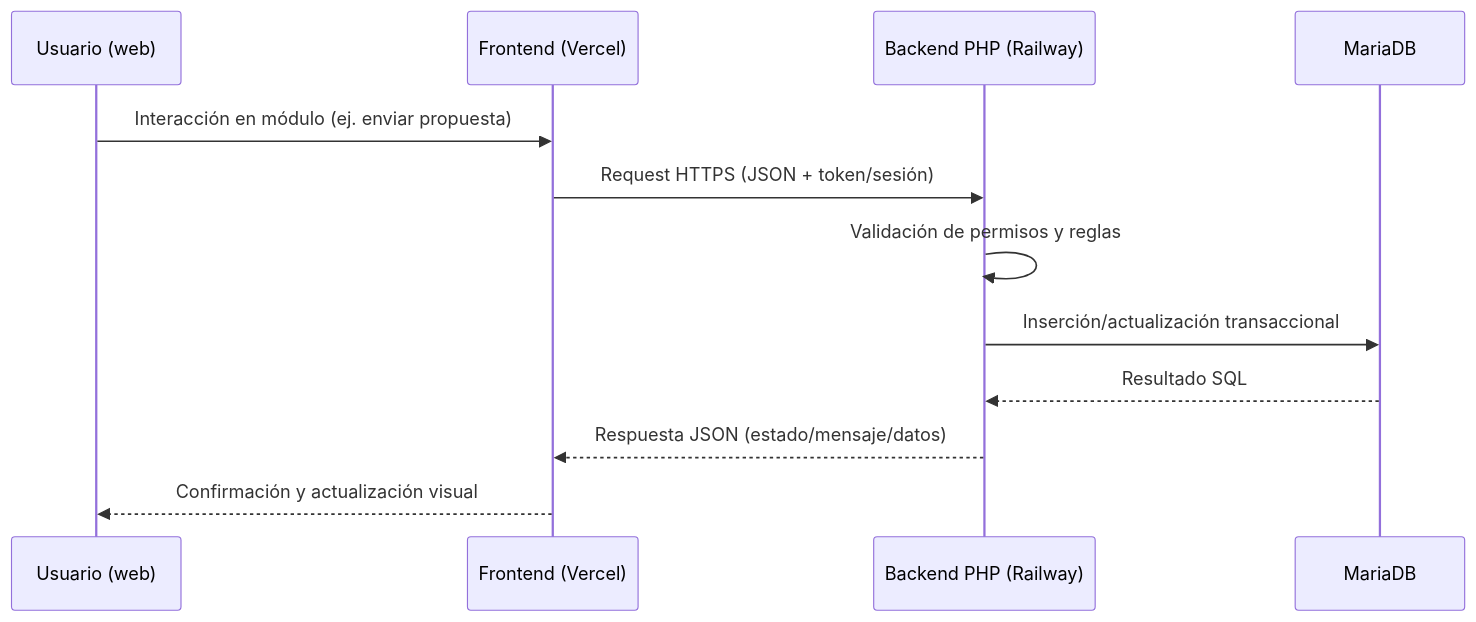
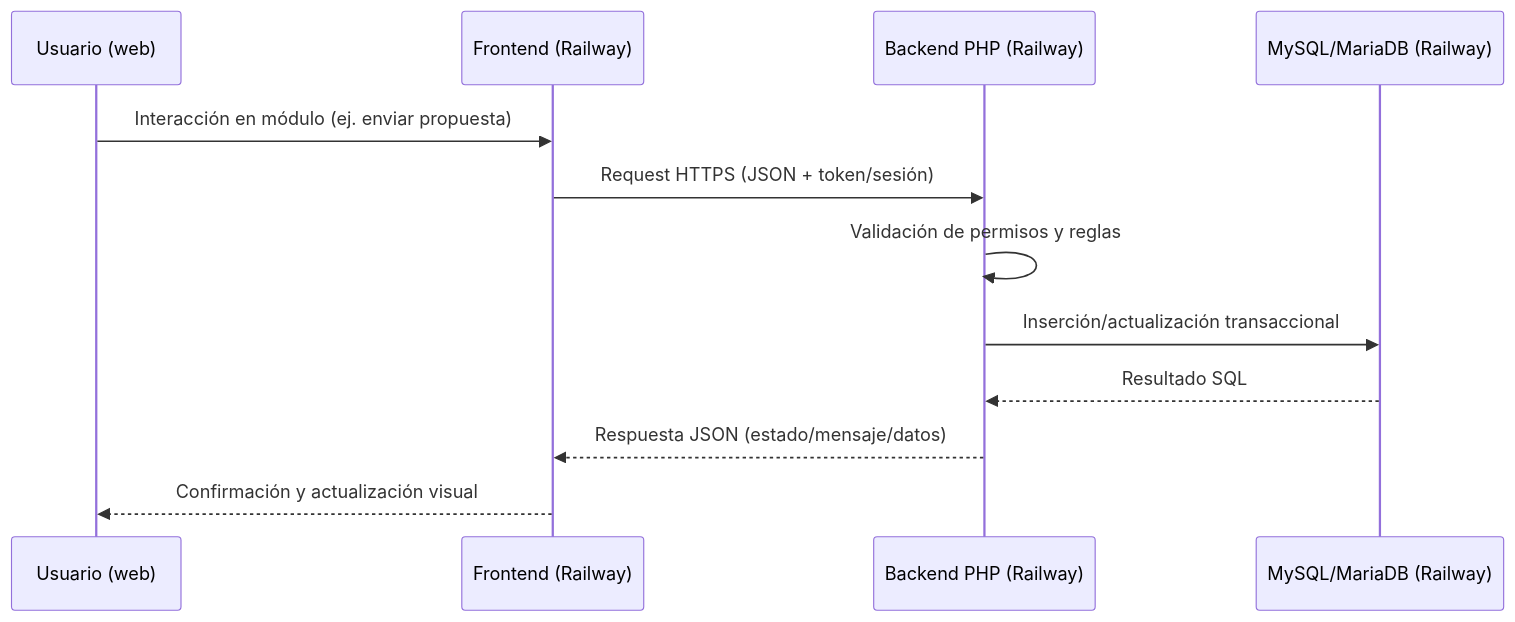
Before and after one commit to KarlSlim7k/SGPLOPyPC: the second of 2 diagrams in arquitectura_infraestructura.md, drawn with Mermaid. The commit also changed other lines of this file, not shown here.

Commit message:
docs: update architecture documentation to centralize deployment on Railway

````diff
--- a/arquitectura_infraestructura.md
+++ b/arquitectura_infraestructura.md
@@ -116,15 +117,15 @@
 ```mermaid
 sequenceDiagram
     participant User as Usuario (web)
-    participant FE as Frontend (Vercel)
+    participant FE as Frontend (Railway)
     participant API as Backend PHP (Railway)
-    participant DB as MariaDB
+    participant DB as MySQL/MariaDB (Railway)
 
     User->>FE: Interacción en módulo (ej. enviar propuesta)
     FE->>API: Request HTTPS (JSON + token/sesión)
     API->>API: Validación de permisos y reglas
     API->>DB: Inserción/actualización transaccional
     DB-->>API: Resultado SQL
     API-->>FE: Respuesta JSON (estado/mensaje/datos)
     FE-->>User: Confirmación y actualización visual
 ```
````
